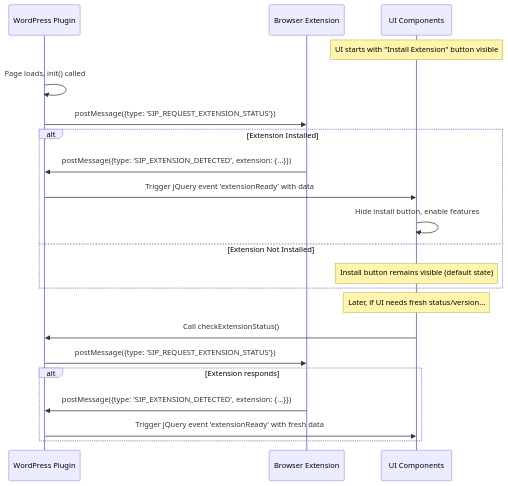
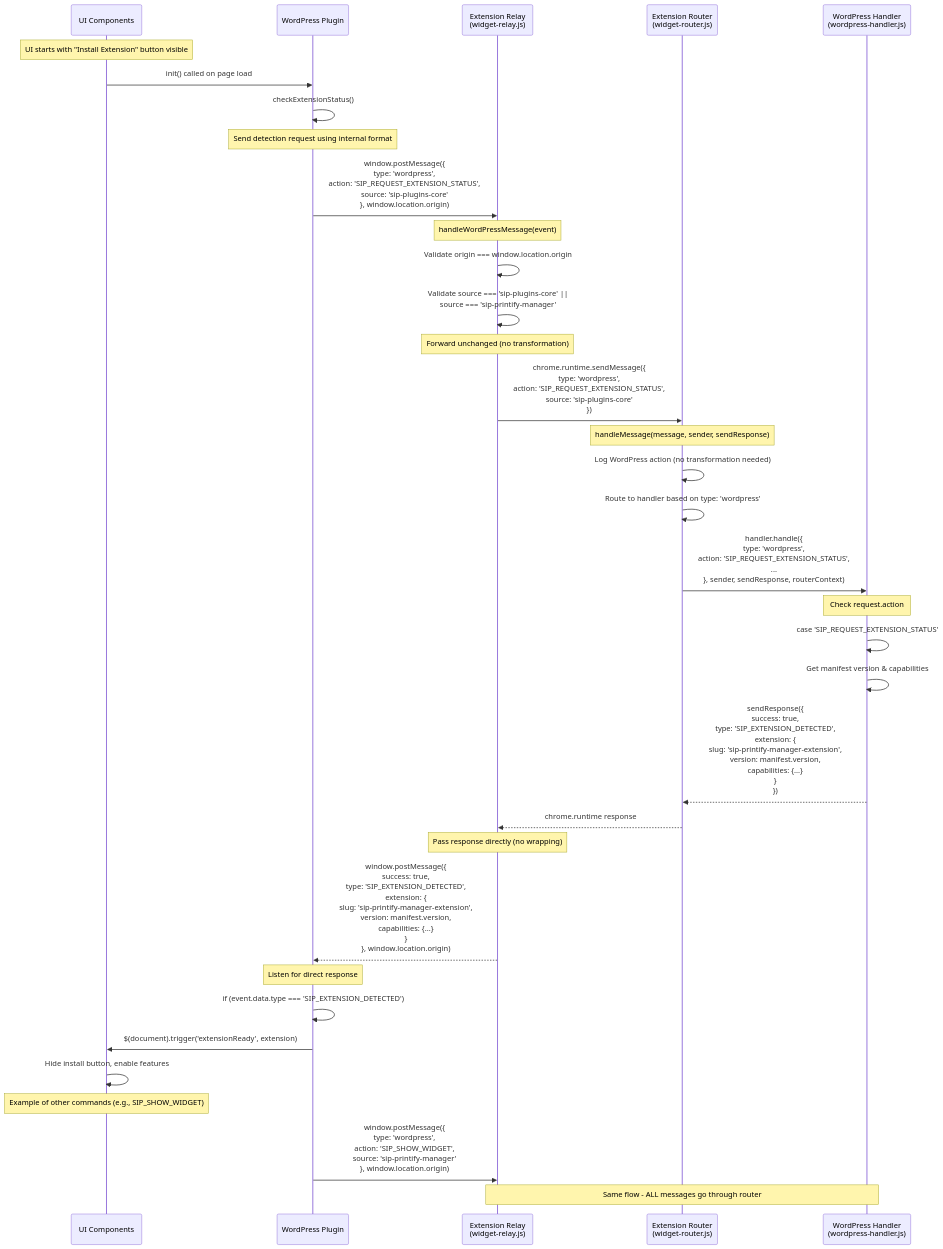
Before and after one commit to tdemelle-SiP/.claude: the diagram in guidelines/extension-detection-guidelines.md, drawn with Mermaid. The commit also changed other lines of this file, not shown here.

````diff
--- a/guidelines/extension-detection-guidelines.md
+++ b/guidelines/extension-detection-guidelines.md
@@ -19,26 +17,51 @@
 ```mermaid
 sequenceDiagram
+    participant UI as UI Components
     participant WP as WordPress Plugin
-    participant Ext as Browser Extension
-    participant UI as UI Components
+    participant Relay as Extension Relay<br/>(widget-relay.js)
+    participant Router as Extension Router<br/>(widget-router.js)
+    participant Handler as WordPress Handler<br/>(wordpress-handler.js)
     
     Note over UI: UI starts with "Install Extension" button visible
-    WP->>WP: Page loads, init() called
-    WP->>Ext: postMessage({type: 'SIP_REQUEST_EXTENSION_STATUS'})
     
-    alt Extension Installed
-        Ext->>WP: postMessage({type: 'SIP_EXTENSION_DETECTED', extension: {...}})
-        WP->>UI: Trigger jQuery event 'extensionReady' with data
-        UI->>UI: Hide install button, enable features
-    else Extension Not Installed
-        Note over UI: Install button remains visible (default state)
-    end
+    UI->>WP: init() called on page load
+    WP->>WP: checkExtensionStatus()
     
-    Note over UI: Later, if UI needs fresh status/version...
-    UI->>WP: Call checkExtensionStatus()
-    WP->>Ext: postMessage({type: 'SIP_REQUEST_EXTENSION_STATUS'})
-    alt Extension responds
-        Ext->>WP: postMessage({type: 'SIP_EXTENSION_DETECTED', extension: {...}})
-        WP->>UI: Trigger jQuery event 'extensionReady' with fresh data
-    end
+    Note over WP: Send detection request using internal format
+    WP->>Relay: window.postMessage({<br/>  type: 'wordpress',<br/>  action: 'SIP_REQUEST_EXTENSION_STATUS',<br/>  source: 'sip-plugins-core'<br/>}, window.location.origin)
+    
+    Note over Relay: handleWordPressMessage(event)
+    Relay->>Relay: Validate origin === window.location.origin
+    Relay->>Relay: Validate source === 'sip-plugins-core' ||<br/>source === 'sip-printify-manager'
+    
+    Note over Relay: Forward unchanged (no transformation)
+    Relay->>Router: chrome.runtime.sendMessage({<br/>  type: 'wordpress',<br/>  action: 'SIP_REQUEST_EXTENSION_STATUS',<br/>  source: 'sip-plugins-core'<br/>})
+    
+    Note over Router: handleMessage(message, sender, sendResponse)
+    Router->>Router: Log WordPress action (no transformation needed)
+    Router->>Router: Route to handler based on type: 'wordpress'
+    
+    Router->>Handler: handler.handle({<br/>  type: 'wordpress',<br/>  action: 'SIP_REQUEST_EXTENSION_STATUS',<br/>  ...<br/>}, sender, sendResponse, routerContext)
+    
+    Note over Handler: Check request.action
+    Handler->>Handler: case 'SIP_REQUEST_EXTENSION_STATUS'
+    Handler->>Handler: Get manifest version & capabilities
+    
+    Handler-->>Router: sendResponse({<br/>  success: true,<br/>  type: 'SIP_EXTENSION_DETECTED',<br/>  extension: {<br/>    slug: 'sip-printify-manager-extension',<br/>    version: manifest.version,<br/>    capabilities: {...}<br/>  }<br/>})
+    
+    Router-->>Relay: chrome.runtime response
+    
+    Note over Relay: Pass response directly (no wrapping)
+    Relay-->>WP: window.postMessage({<br/>  success: true,<br/>  type: 'SIP_EXTENSION_DETECTED',<br/>  extension: {<br/>    slug: 'sip-printify-manager-extension',<br/>    version: manifest.version,<br/>    capabilities: {...}<br/>  }<br/>}, window.location.origin)
+    
+    Note over WP: Listen for direct response
+    WP->>WP: if (event.data.type === 'SIP_EXTENSION_DETECTED')
+    WP->>UI: $(document).trigger('extensionReady', extension)
+    UI->>UI: Hide install button, enable features
+    
+    Note over UI: Example of other commands (e.g., SIP_SHOW_WIDGET)
+    
+    WP->>Relay: window.postMessage({<br/>  type: 'wordpress',<br/>  action: 'SIP_SHOW_WIDGET',<br/>  source: 'sip-printify-manager'<br/>}, window.location.origin)
+    
+    Note over Relay,Handler: Same flow - ALL messages go through router
 ```
````
